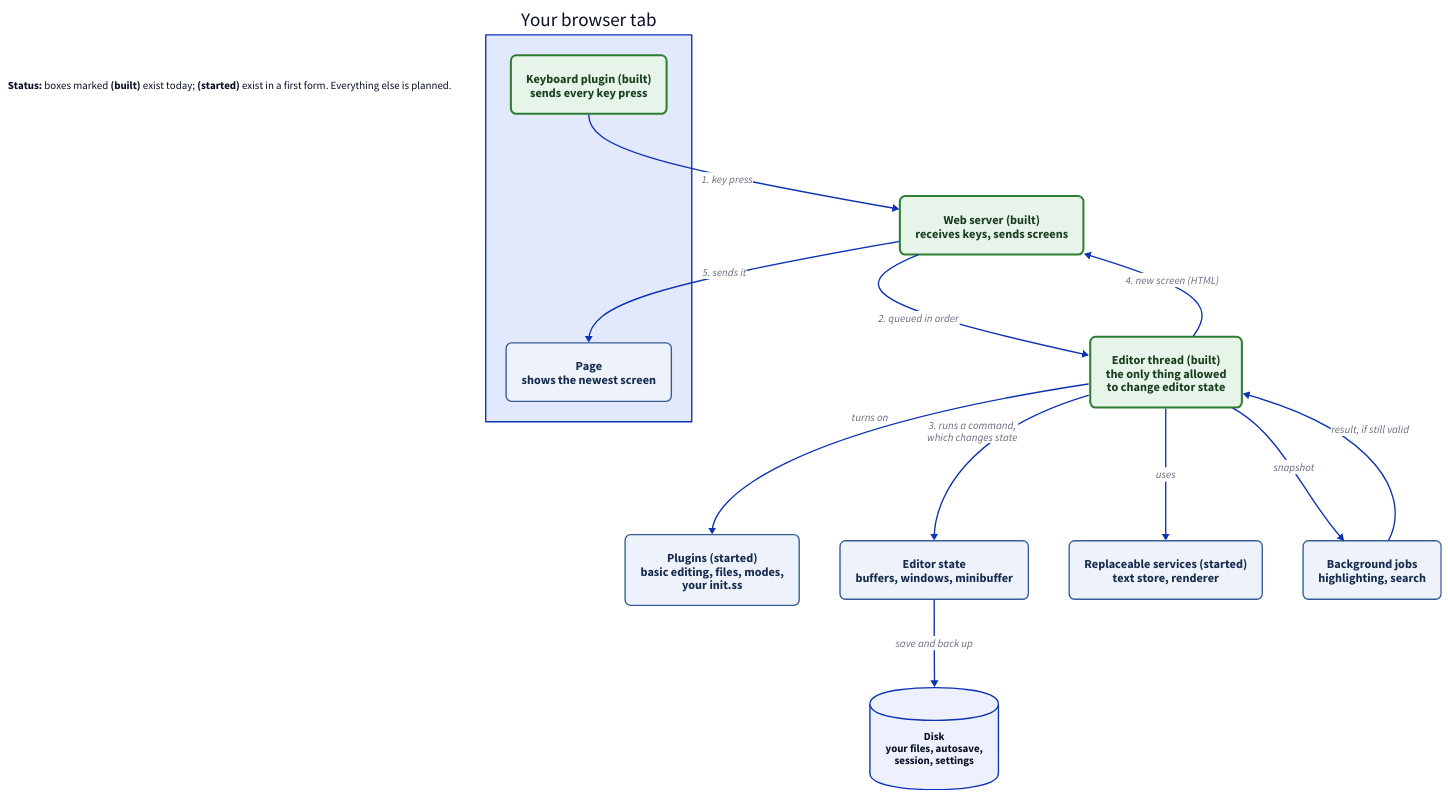
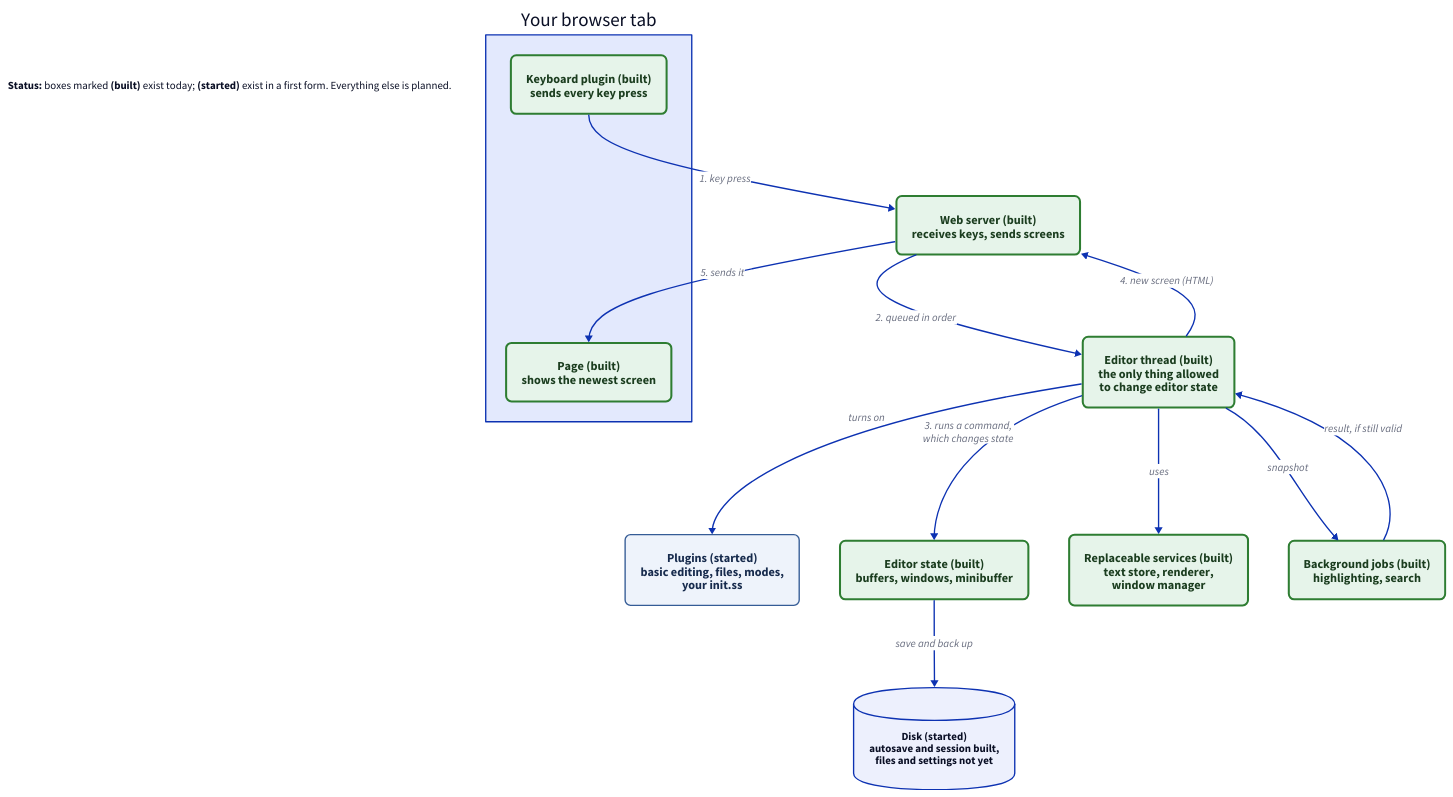
The diagram in docs/diagrams/big-picture.d2 (jaybonthius/tuna), drawn with D2 before and after one commit. The commit also changed 10 other files, not shown here.

```diff
--- a/docs/diagrams/big-picture.d2
+++ b/docs/diagrams/big-picture.d2
@@ -1,60 +1,60 @@
 # What are the big parts of Tuna, and how do they talk?
 vars: {
   d2-config: {
     layout-engine: dagre
     theme-id: 0
   }
 }
 direction: down
 
 classes: {
   part: {
     style: {
       fill: "#eef3fb"
       stroke: "#355c96"
       font-color: "#172b4d"
       border-radius: 8
       font-size: 18
     }
   }
   built: {
     style: {
       fill: "#e6f4ea"
       stroke: "#2e7d32"
       font-color: "#1b3d1f"
       border-radius: 8
       stroke-width: 3
       font-size: 18
     }
   }
 }
 
 legend: |md
   **Status:** boxes marked **(built)** exist today; **(started)** exist in a first form.
   Everything else is planned.
 |
 
 browser: Your browser tab {
   keys: Keyboard plugin (built)\nsends every key press {class: built}
-  page: Page\nshows the newest screen {class: part}
+  page: Page (built)\nshows the newest screen {class: built}
 }
 
 plugins: Plugins (started)\nbasic editing, files, modes,\nyour init.ss {class: part}
 web: Web server (built)\nreceives keys, sends screens {class: built}
 editor: Editor thread (built)\nthe only thing allowed\nto change editor state {class: built}
-state: Editor state\nbuffers, windows, minibuffer {class: part}
-services: Replaceable services (started)\ntext store, renderer {class: part}
-jobs: Background jobs\nhighlighting, search {class: part}
-disk: Disk\nyour files, autosave,\nsession, settings {shape: cylinder}
+state: Editor state (built)\nbuffers, windows, minibuffer {class: built}
+services: Replaceable services (built)\ntext store, renderer,\nwindow manager {class: built}
+jobs: Background jobs (built)\nhighlighting, search {class: built}
+disk: "Disk (started)\nautosave and session built,\nfiles and settings not yet" {shape: cylinder}
 
 browser.keys -> web: 1. key press
 web -> editor: 2. queued in order
 editor -> state: 3. runs a command,\nwhich changes state
 editor -> web: 4. new screen (HTML)
 web -> browser.page: 5. sends it
 
 editor -> plugins: turns on
 editor -> services: uses
 editor -> jobs: snapshot
 jobs -> editor: result, if still valid
 state -> disk: save and back up
```
